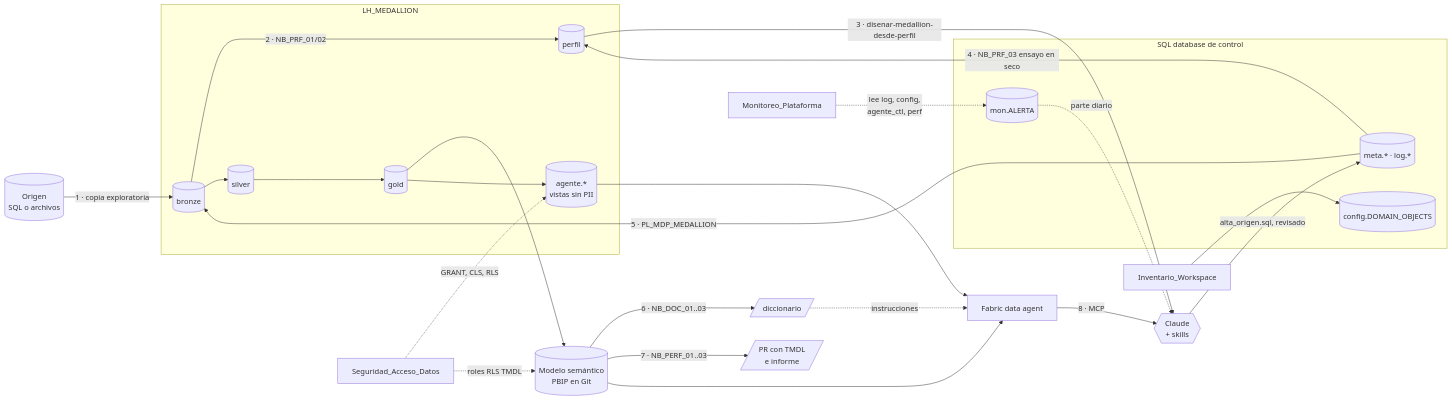
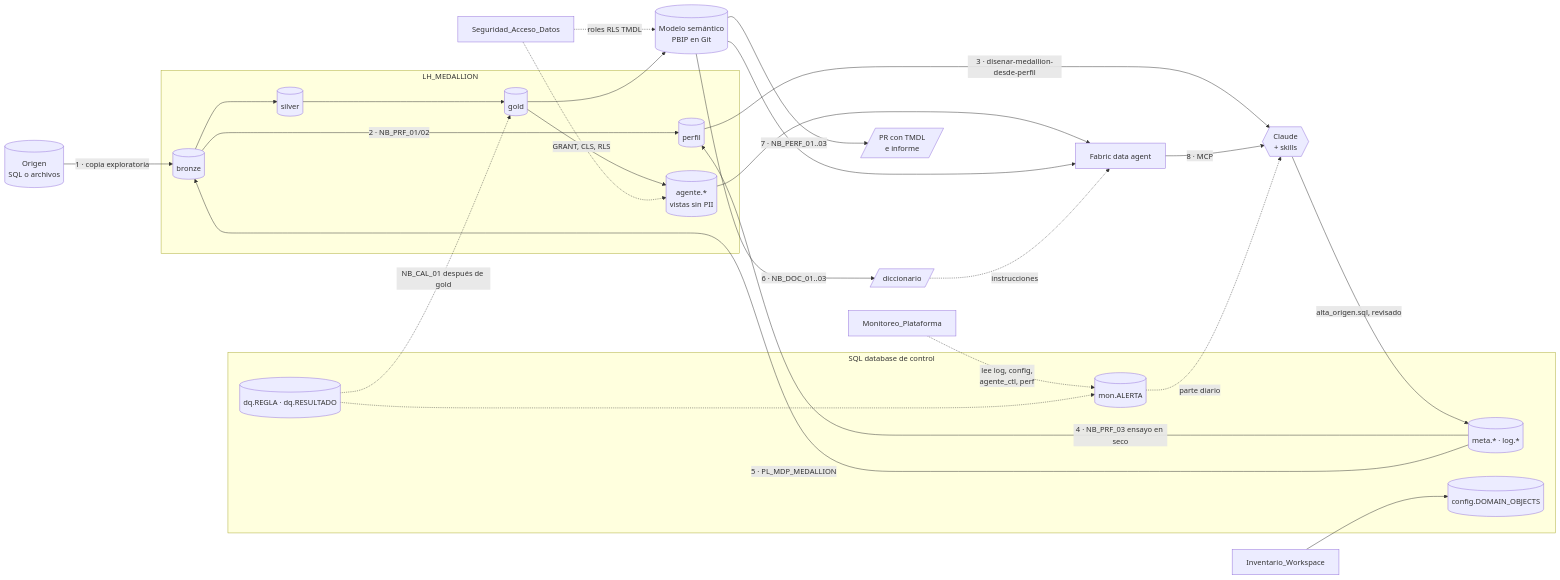
Before and after one commit to estebanotero/BIA: the diagram in README.md, drawn with Mermaid. The commit also changed other lines of this file and 16 other files, not shown here.

````diff
--- a/README.md
+++ b/README.md
@@ -42,41 +43,44 @@
 ```mermaid
 flowchart LR
     SRC[(Origen<br/>SQL o archivos)]
 
     subgraph CTRL[SQL database de control]
         META[(meta.* · log.*)]
         CFG[(config.DOMAIN_OBJECTS)]
         MON[(mon.ALERTA)]
+        DQ[(dq.REGLA · dq.RESULTADO)]
     end
 
     subgraph LH[LH_MEDALLION]
         B[(bronze)]
         P[(perfil)]
         S[(silver)]
         G[(gold)]
         V[(agente.*<br/>vistas sin PII)]
     end
 
     SM[(Modelo semántico<br/>PBIP en Git)]
     FDA[Fabric data agent]
     CL{{Claude<br/>+ skills}}
 
     INV[Inventario_Workspace] --> CFG
     SRC -->|1 · copia exploratoria| B
     B -->|2 · NB_PRF_01/02| P
     P -->|3 · disenar-medallion-desde-perfil| CL
     CL -->|alta_origen.sql, revisado| META
     META -->|4 · NB_PRF_03 ensayo en seco| P
     META -->|5 · PL_MDP_MEDALLION| B --> S --> G
     G --> SM
     SM -->|6 · NB_DOC_01..03| DIC[/diccionario/]
     SM -->|7 · NB_PERF_01..03| PR[/PR con TMDL<br/>e informe/]
     G --> V --> FDA
     SM --> FDA
     DIC -.->|instrucciones| FDA
     FDA -->|8 · MCP| CL
     MONI[Monitoreo_Plataforma] -.->|lee log, config,<br/>agente_ctl, perf| MON
     MON -.->|parte diario| CL
     SEG[Seguridad_Acceso_Datos] -.->|GRANT, CLS, RLS| V
     SEG -.->|roles RLS TMDL| SM
+    DQ -.->|NB_CAL_01 después de gold| G
+    DQ -.-> MON
 ```
````
